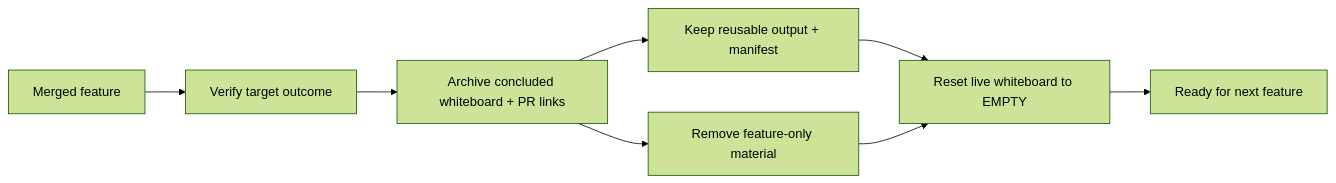
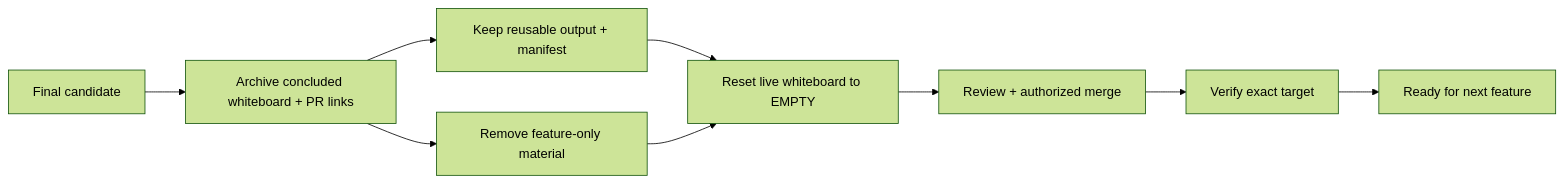
The ninth of 10 diagrams in README.md (hhhhhusky777/spec-driven-delivery-playbook), drawn with Mermaid (forest theme) before and after one commit. The commit also changed other lines of this file and 9 other files, not shown here.

First line of the commit message:
Converge canonical state before final review (#77)

````diff
--- a/README.md
+++ b/README.md
@@ -320,10 +330,11 @@
 ```mermaid
 flowchart LR
-    M["Merged feature"] --> V["Verify target outcome"]
-    V --> A["Archive concluded whiteboard + PR links"]
+    C["Final candidate"] --> A["Archive concluded whiteboard + PR links"]
     A --> K["Keep reusable output + manifest"]
     A --> X["Remove feature-only material"]
     K --> R["Reset live whiteboard to EMPTY"]
     X --> R
-    R --> N["Ready for next feature"]
+    R --> H["Review + authorized merge"]
+    H --> V["Verify exact target"]
+    V --> N["Ready for next feature"]
 ```
````
